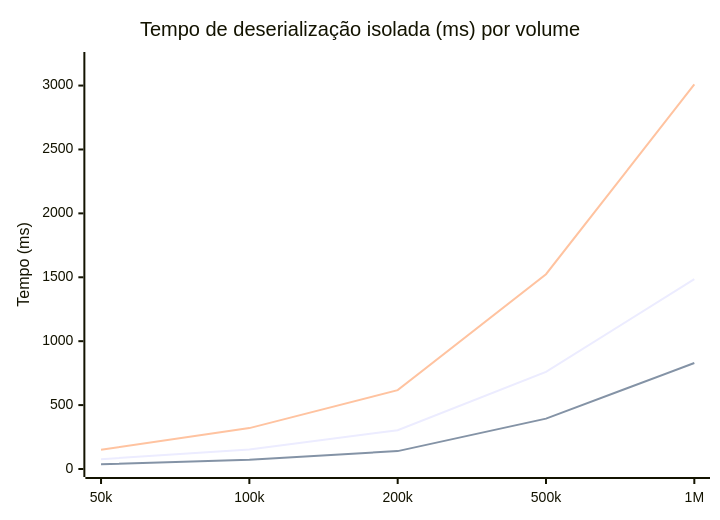
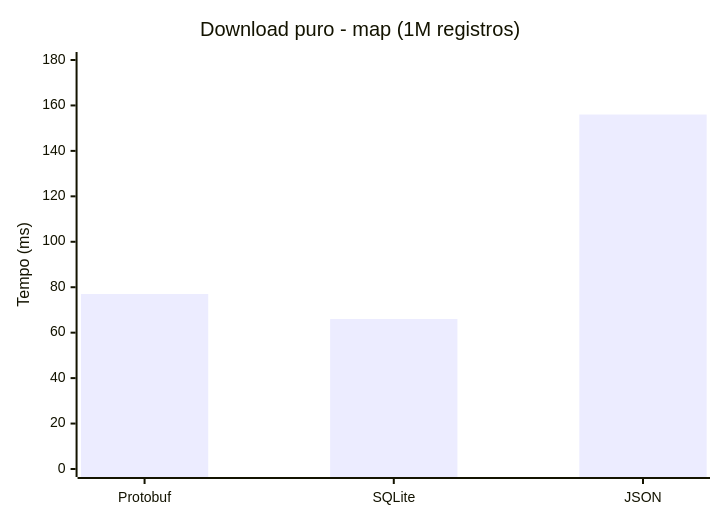
The seventh of 8 diagrams in resumo-tecnico.md (Zo-arch/benchmark), drawn with Mermaid before and after one commit. The commit also changed other lines of this file and 14 other files, not shown here.

````diff
--- a/resumo-tecnico.md
+++ b/resumo-tecnico.md
@@ -63,9 +173,7 @@
 ```mermaid
 xychart-beta
-    title "Tempo de deserialização isolada (ms) por volume"
-    x-axis [50k, 100k, 200k, 500k, 1M]
-    y-axis "Tempo (ms)" 0 --> 3200
-    line "Protobuf" [77, 153, 303, 760, 1485]
-    line "SQLite" [37, 72, 140, 394, 829]
-    line "JSON" [151, 320, 617, 1524, 3009]
+    title "Download puro - map (1M registros)"
+    x-axis ["Protobuf", "SQLite", "JSON"]
+    y-axis "Tempo (ms)" 0 --> 180
+    bar [77, 66, 156]
 ```
````
